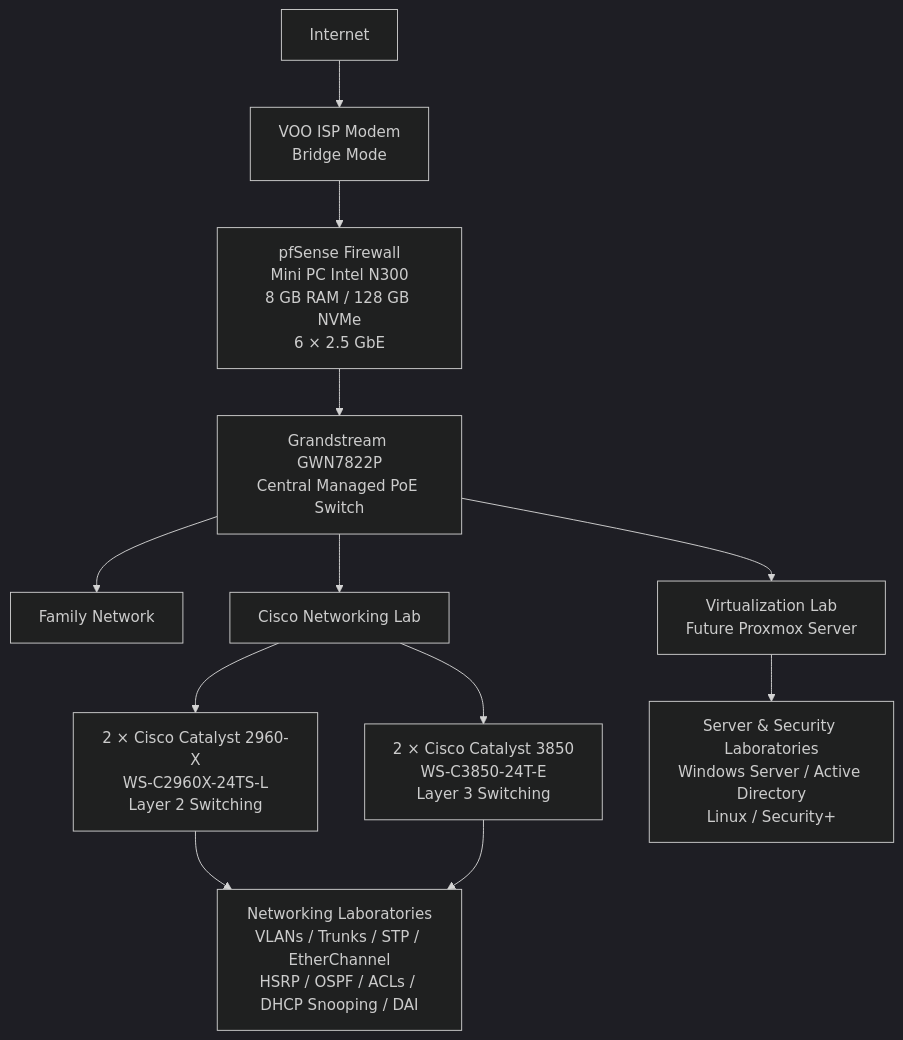
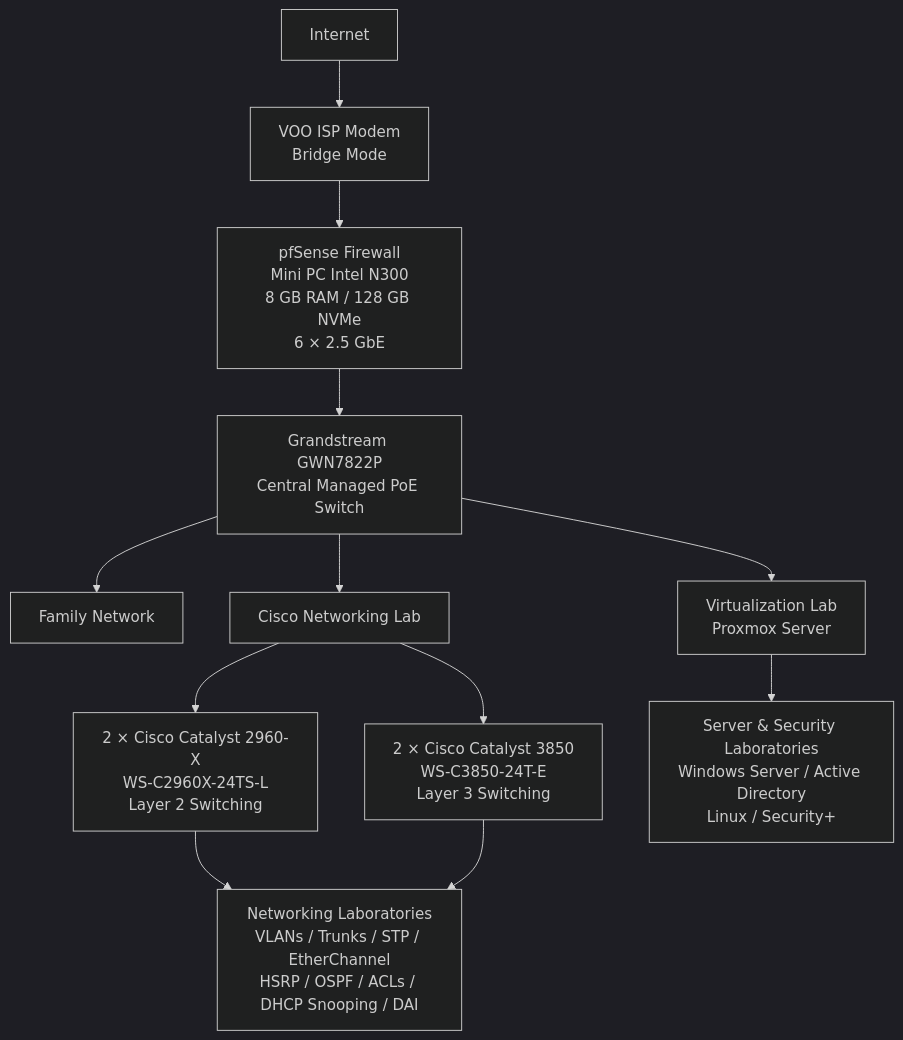
The diagram in README.md (Cypherlab777/Homelab), drawn with Mermaid (dark theme) before and after one commit.

````diff
--- a/README.md
+++ b/README.md
@@ -63,41 +63,41 @@
 ```mermaid
 flowchart TD
 
     INTERNET["Internet"]
 
     VOO["VOO ISP Modem<br/>Bridge Mode"]
 
     PFSENSE["pfSense Firewall<br/>Mini PC Intel N300<br/>8 GB RAM / 128 GB NVMe<br/>6 × 2.5 GbE"]
 
     GRANDSTREAM["Grandstream GWN7822P<br/>Central Managed PoE Switch"]
 
     FAMILY["Family Network"]
 
     CISCOLAB["Cisco Networking Lab"]
 
-    VIRTUALIZATION["Virtualization Lab<br/>Future Proxmox Server"]
+    VIRTUALIZATION["Virtualization Lab<br/>Proxmox Server"]
 
     L2["2 × Cisco Catalyst 2960-X<br/>WS-C2960X-24TS-L<br/>Layer 2 Switching"]
 
     L3["2 × Cisco Catalyst 3850<br/>WS-C3850-24T-E<br/>Layer 3 Switching"]
 
     NETWORKLAB["Networking Laboratories<br/>VLANs / Trunks / STP / EtherChannel<br/>HSRP / OSPF / ACLs / DHCP Snooping / DAI"]
 
     SERVERLAB["Server & Security Laboratories<br/>Windows Server / Active Directory<br/>Linux / Security+"]
 
     INTERNET --> VOO
     VOO --> PFSENSE
     PFSENSE --> GRANDSTREAM
 
     GRANDSTREAM --> FAMILY
     GRANDSTREAM --> CISCOLAB
     GRANDSTREAM --> VIRTUALIZATION
 
     CISCOLAB --> L2
     CISCOLAB --> L3
 
     L2 --> NETWORKLAB
     L3 --> NETWORKLAB
 
     VIRTUALIZATION --> SERVERLAB
 ```
````
